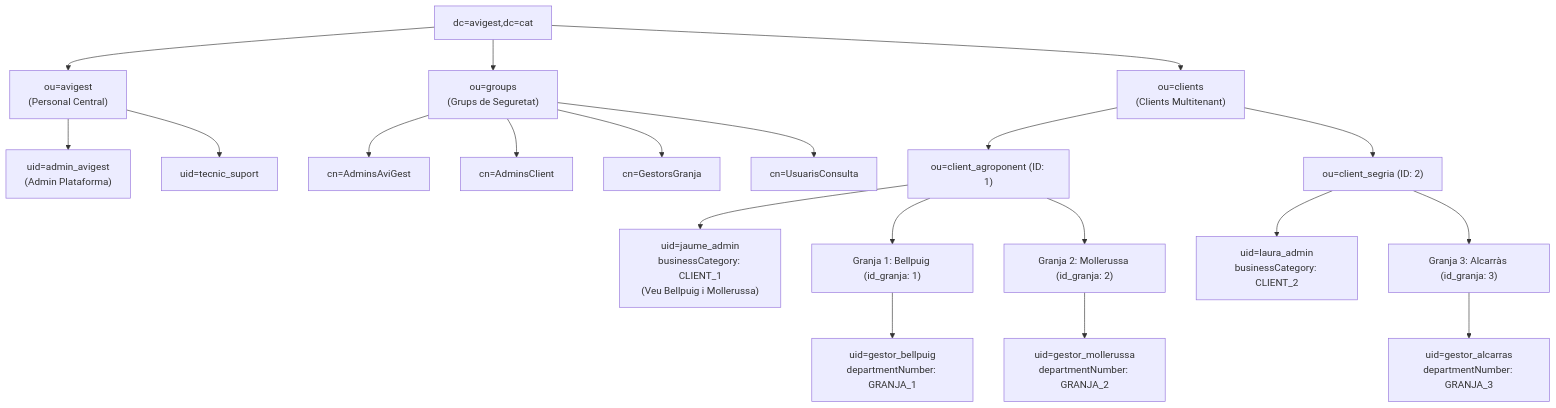
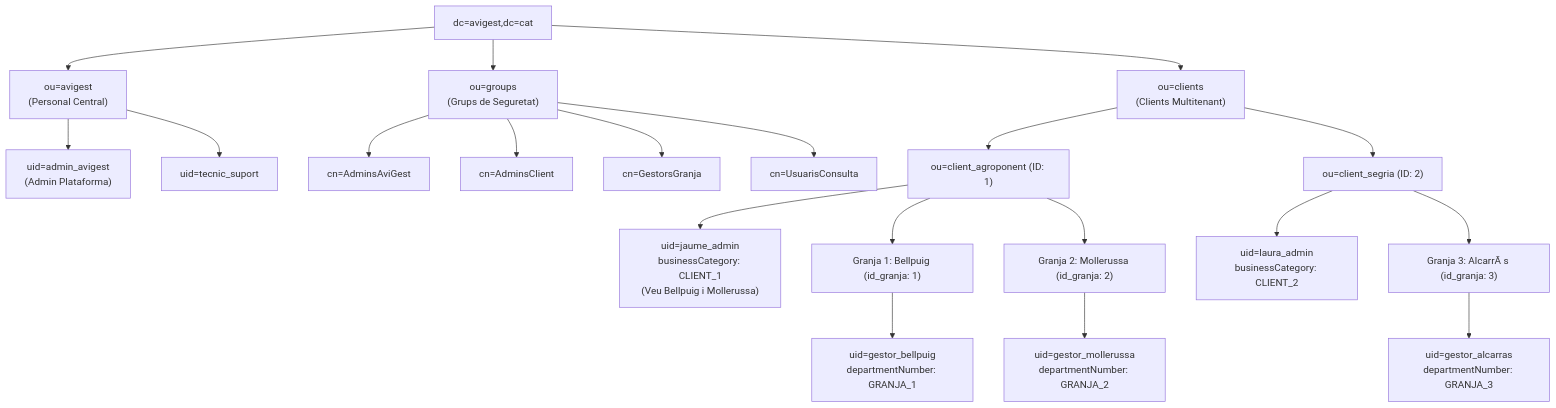
The second of 4 diagrams in docs/E2_disseny_tecnic/E2_document_disseny_tecnic.md (JoanGarcia25/avigest-projecte), drawn with Mermaid before and after one commit. The commit also changed other lines of this file and 46 other files, not shown here.

````diff
--- a/docs/E2_disseny_tecnic/E2_document_disseny_tecnic.md
+++ b/docs/E2_disseny_tecnic/E2_document_disseny_tecnic.md
@@ -230,51 +230,51 @@
 ```mermaid
 graph TD
     Root["dc=avigest,dc=cat"]
     
     OU_AviGest["ou=avigest<br/>(Personal Central)"]
     OU_Groups["ou=groups<br/>(Grups de Seguretat)"]
     OU_Clients["ou=clients<br/>(Clients Multitenant)"]
     
     Root --> OU_AviGest
     Root --> OU_Groups
     Root --> OU_Clients
     
     User_Admin["uid=admin_avigest<br/>(Admin Plataforma)"]
     User_Suport["uid=tecnic_suport"]
     OU_AviGest --> User_Admin
     OU_AviGest --> User_Suport
     
     Grp_Admins["cn=AdminsAviGest"]
     Grp_Clients["cn=AdminsClient"]
     Grp_Gestors["cn=GestorsGranja"]
     Grp_Consulta["cn=UsuarisConsulta"]
     OU_Groups --> Grp_Admins
     OU_Groups --> Grp_Clients
     OU_Groups --> Grp_Gestors
     OU_Groups --> Grp_Consulta
     
     OU_Client1["ou=client_agroponent (ID: 1)"]
     OU_Client2["ou=client_segria (ID: 2)"]
     OU_Clients --> OU_Client1
     OU_Clients --> OU_Client2
     
     User_C1_Admin["uid=jaume_admin<br/>businessCategory: CLIENT_1<br/>(Veu Bellpuig i Mollerussa)"]
     OU_Client1 --> User_C1_Admin
     
     OU_G1["Granja 1: Bellpuig (id_granja: 1)"]
     OU_G2["Granja 2: Mollerussa (id_granja: 2)"]
     OU_Client1 --> OU_G1
     OU_Client1 --> OU_G2
     
     User_G1["uid=gestor_bellpuig<br/>departmentNumber: GRANJA_1"]
     User_G2["uid=gestor_mollerussa<br/>departmentNumber: GRANJA_2"]
     OU_G1 --> User_G1
     OU_G2 --> User_G2
 
     User_C2_Admin["uid=laura_admin<br/>businessCategory: CLIENT_2"]
     OU_Client2 --> User_C2_Admin
-    OU_G3["Granja 3: Alcarràs (id_granja: 3)"]
+    OU_G3["Granja 3: AlcarrÃ s (id_granja: 3)"]
     OU_Client2 --> OU_G3
     User_G3["uid=gestor_alcarras<br/>departmentNumber: GRANJA_3"]
     OU_G3 --> User_G3
 ```
````
